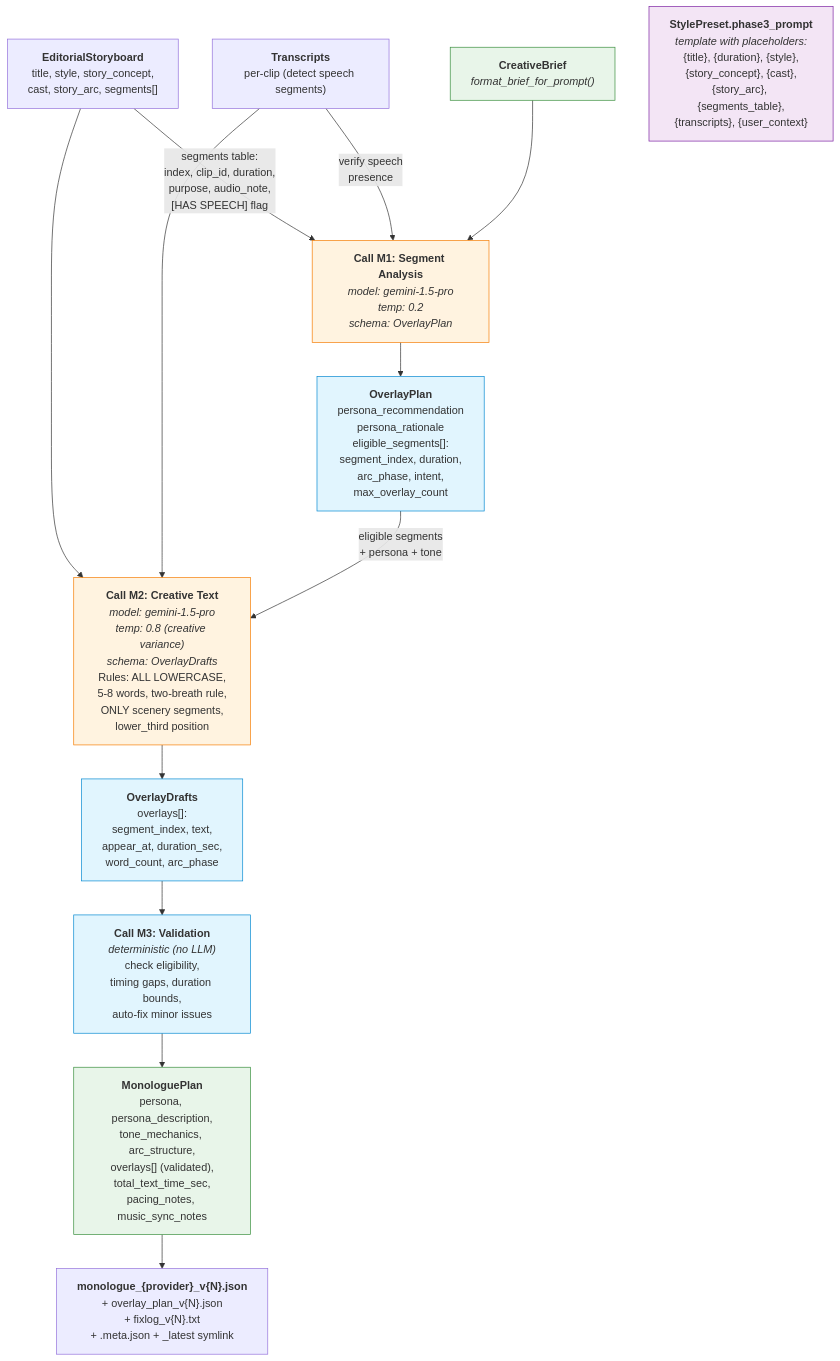
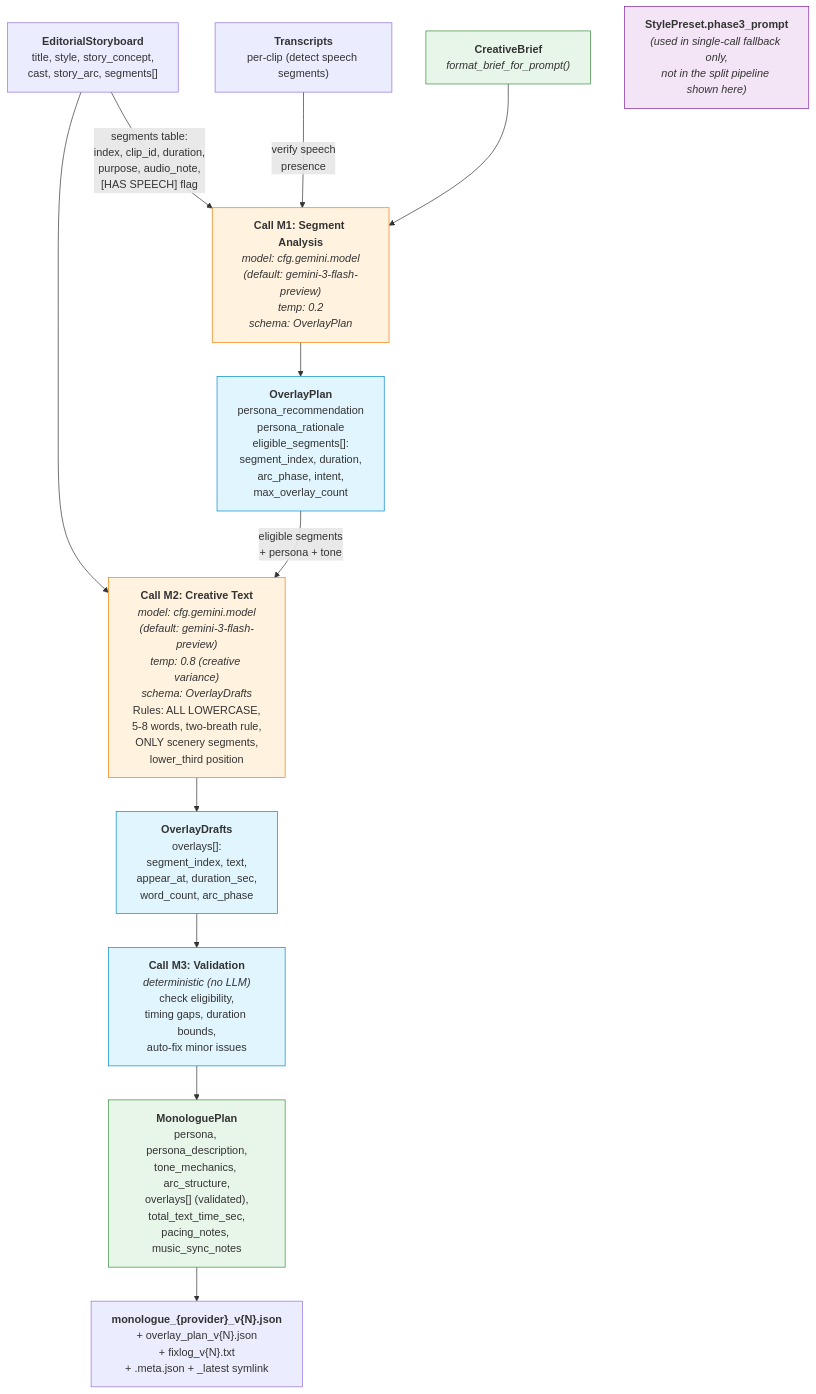
Diagram 11 of 13 in docs/design-briefing-and-creative-brief.md (MaxCSHan/ai-video-editor), drawn with Mermaid before and after one commit. The commit also changed other lines of this file, not shown here.

First line of the commit message:
Fix hallucinated model names and incorrect data flows in design doc

````diff
--- a/docs/design-briefing-and-creative-brief.md
+++ b/docs/design-briefing-and-creative-brief.md
@@ -505,43 +505,42 @@
 ```mermaid
 graph TD
     %% ── Inputs ─────────────────────────────────────────────────
     SB["<b>EditorialStoryboard</b><br/>title, style, story_concept,<br/>cast, story_arc, segments[]"]
     TRANS3["<b>Transcripts</b><br/>per-clip (detect speech segments)"]
     CTX3["<b>CreativeBrief</b><br/><i>format_brief_for_prompt()</i>"]
-    P3TMPL["<b>StylePreset.phase3_prompt</b><br/><i>template with placeholders:</i><br/>{title}, {duration}, {style},<br/>{story_concept}, {cast},<br/>{story_arc}, {segments_table},<br/>{transcripts}, {user_context}"]
+    P3TMPL["<b>StylePreset.phase3_prompt</b><br/><i>(used in single-call fallback only,<br/>not in the split pipeline shown here)</i>"]
 
     %% ── Call M1 ────────────────────────────────────────────────
     SB -->|"segments table:<br/>index, clip_id, duration,<br/>purpose, audio_note,<br/>[HAS SPEECH] flag"| M1
     TRANS3 -->|"verify speech<br/>presence"| M1
     CTX3 --> M1
 
-    M1["<b>Call M1: Segment Analysis</b><br/><i>model: gemini-1.5-pro</i><br/><i>temp: 0.2</i><br/><i>schema: OverlayPlan</i>"]
+    M1["<b>Call M1: Segment Analysis</b><br/><i>model: cfg.gemini.model<br/>(default: gemini-3-flash-preview)</i><br/><i>temp: 0.2</i><br/><i>schema: OverlayPlan</i>"]
 
     M1 --> OPLAN["<b>OverlayPlan</b><br/>persona_recommendation<br/>persona_rationale<br/>eligible_segments[]:<br/>  segment_index, duration,<br/>  arc_phase, intent,<br/>  max_overlay_count"]
 
     %% ── Call M2 ────────────────────────────────────────────────
     SB --> M2
-    TRANS3 --> M2
     OPLAN -->|"eligible segments<br/>+ persona + tone"| M2
 
-    M2["<b>Call M2: Creative Text</b><br/><i>model: gemini-1.5-pro</i><br/><i>temp: 0.8 (creative variance)</i><br/><i>schema: OverlayDrafts</i><br/>Rules: ALL LOWERCASE,<br/>5-8 words, two-breath rule,<br/>ONLY scenery segments,<br/>lower_third position"]
+    M2["<b>Call M2: Creative Text</b><br/><i>model: cfg.gemini.model<br/>(default: gemini-3-flash-preview)</i><br/><i>temp: 0.8 (creative variance)</i><br/><i>schema: OverlayDrafts</i><br/>Rules: ALL LOWERCASE,<br/>5-8 words, two-breath rule,<br/>ONLY scenery segments,<br/>lower_third position"]
 
     M2 --> DRAFTS["<b>OverlayDrafts</b><br/>overlays[]:<br/>  segment_index, text,<br/>  appear_at, duration_sec,<br/>  word_count, arc_phase"]
 
     %% ── Call M3 (deterministic) ────────────────────────────────
     DRAFTS --> M3["<b>Call M3: Validation</b><br/><i>deterministic (no LLM)</i><br/>check eligibility,<br/>timing gaps, duration bounds,<br/>auto-fix minor issues"]
 
     M3 --> MONO["<b>MonologuePlan</b><br/>persona, persona_description,<br/>tone_mechanics, arc_structure,<br/>overlays[] (validated),<br/>total_text_time_sec,<br/>pacing_notes, music_sync_notes"]
 
     MONO --> SAVE3["<b>monologue_{provider}_v{N}.json</b><br/>+ overlay_plan_v{N}.json<br/>+ fixlog_v{N}.txt<br/>+ .meta.json + _latest symlink"]
 
     %% ── Styling ────────────────────────────────────────────────
     style M1 fill:#fff3e0,stroke:#f57c00
     style M2 fill:#fff3e0,stroke:#f57c00
     style M3 fill:#e1f5fe,stroke:#0288d1
     style CTX3 fill:#e8f5e9,stroke:#388e3c
     style P3TMPL fill:#f3e5f5,stroke:#7b1fa2
     style OPLAN fill:#e1f5fe,stroke:#0288d1
     style DRAFTS fill:#e1f5fe,stroke:#0288d1
     style MONO fill:#e8f5e9,stroke:#388e3c
 ```
````
